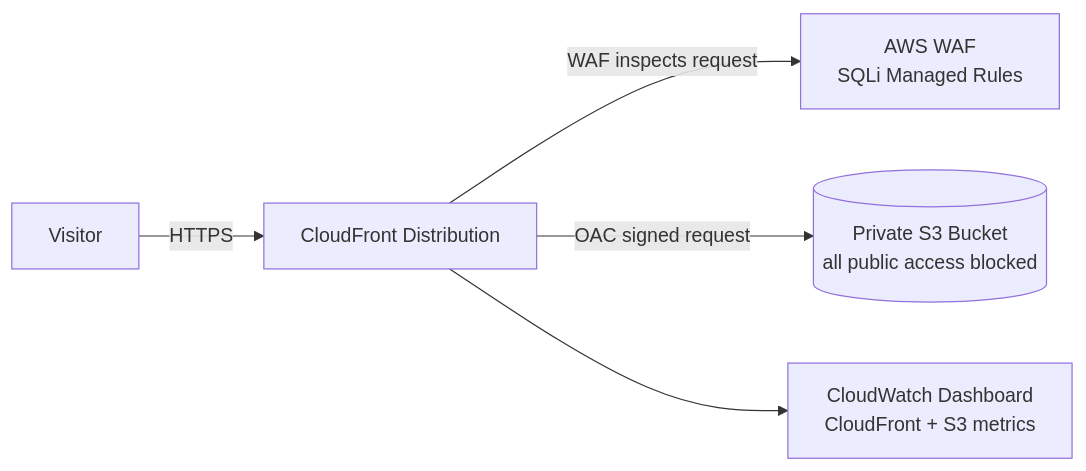
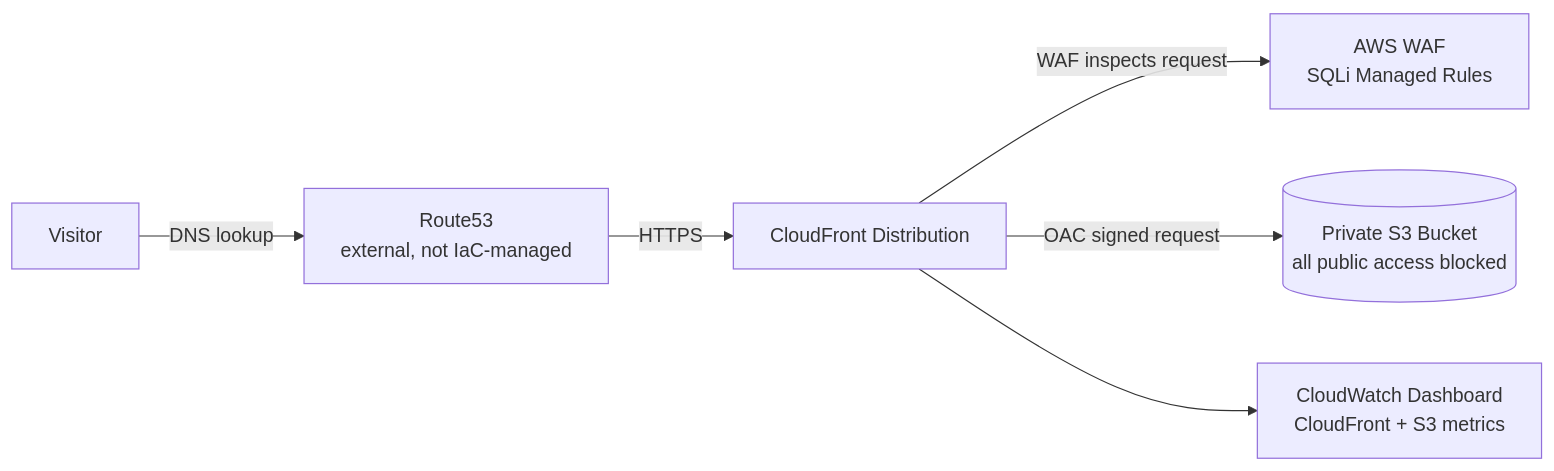
One commit to bdahiya2007/secure-static-website-aws changed the first of 2 diagrams in README.md. Above: the diagram before and after it, drawn with Mermaid. The commit also changed other lines of this file, not shown here.

Commit message:
Acknowledge Route53's role in the README
The live demo domain resolves via Route53, but it was entirely absent
from the README even as an external dependency, since it's the one
piece of the real architecture deliberately left out of the IaC (the
hosted zone has unrelated records beyond the two alias records
pointing here). Adds it to the architecture diagram, the rationale
table, and the tech stack list, labeled as externally/manually
managed rather than implying this stack provisions it.

````diff
--- a/README.md
+++ b/README.md
@@ -20,7 +20,8 @@
 ```mermaid
 flowchart LR
-    Visitor -->|HTTPS| CloudFront[CloudFront Distribution]
+    Visitor -->|DNS lookup| Route53[Route53<br/>external, not IaC-managed]
+    Route53 -->|HTTPS| CloudFront[CloudFront Distribution]
     CloudFront -->|WAF inspects request| WAF[AWS WAF<br/>SQLi Managed Rules]
     CloudFront -->|OAC signed request| S3[(Private S3 Bucket<br/>all public access blocked)]
     CloudFront --> CW[CloudWatch Dashboard<br/>CloudFront + S3 metrics]
 ```
````
